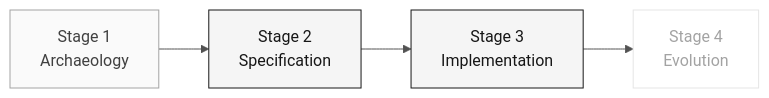
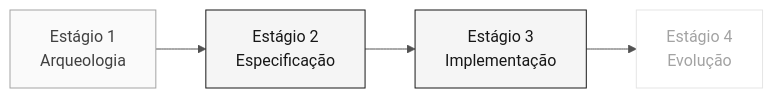
Before and after one commit to paulasilvatech/datacorp-sifap-team-kit-pt-br: the diagram in 05-personas/04-software-architect/PERSONA.md, drawn with Mermaid. The commit also changed other lines of this file and 361 other files, not shown here.

````diff
--- a/05-personas/04-software-architect/PERSONA.md
+++ b/05-personas/04-software-architect/PERSONA.md
@@ -34,11 +34,11 @@
 ```mermaid
 %%{init: {'theme':'neutral','themeVariables':{'fontFamily':'ui-sans-serif, system-ui, sans-serif','primaryColor':'#F5F5F5','primaryTextColor':'#171717','primaryBorderColor':'#171717','lineColor':'#525252','secondaryColor':'#FFFFFF','tertiaryColor':'#FAFAFA','background':'#FFFFFF'}}}%%
 flowchart LR
     classDef active fill:#F5F5F5,stroke:#171717,color:#171717
     classDef support fill:#FAFAFA,stroke:#A3A3A3,color:#404040
     classDef inactive fill:#FFFFFF,stroke:#E5E5E5,color:#A3A3A3
 
-    E1["Stage 1<br/>Archaeology"]:::support --> E2["Stage 2<br/>Specification"]:::active
-    E2 --> E3["Stage 3<br/>Implementation"]:::active
-    E3 --> E4["Stage 4<br/>Evolution"]:::inactive
+    E1["Estágio 1<br/>Arqueologia"]:::support --> E2["Estágio 2<br/>Especificação"]:::active
+    E2 --> E3["Estágio 3<br/>Implementação"]:::active
+    E3 --> E4["Estágio 4<br/>Evolução"]:::inactive
 ```
````
